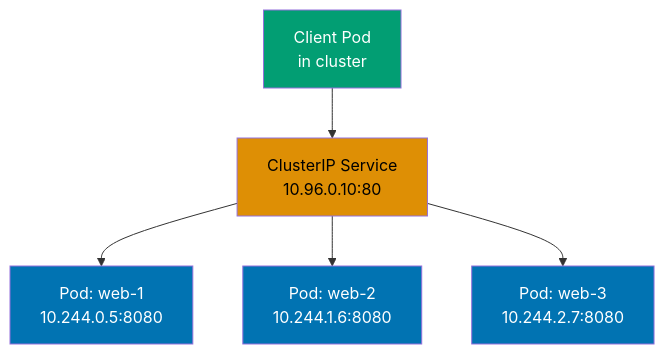
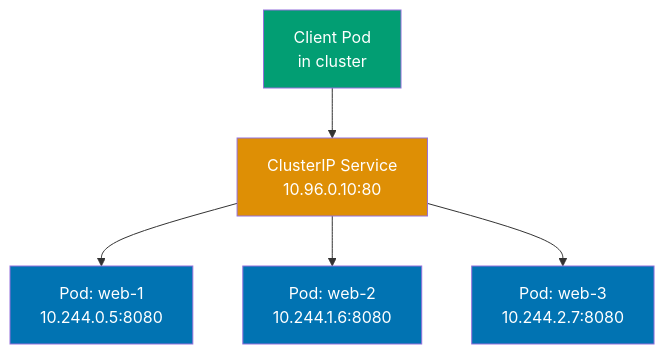
One commit to wahidyankf/open-sharia-enterprise changed the sixth of 9 diagrams in apps/ayokoding-web/content/en/learn/software-engineering/infrastructure/tools/kubernetes/by-example/beginner.md. Above: the diagram before and after it, drawn with Mermaid. The commit also changed other lines of this file and 61 other files, not shown here.

First line of the commit message:
fix(ayokoding-web): quote Mermaid node labels with special characters in Example 63

````diff
--- a/apps/ayokoding-web/content/en/learn/software-engineering/infrastructure/tools/kubernetes/by-example/beginner.md
+++ b/apps/ayokoding-web/content/en/learn/software-engineering/infrastructure/tools/kubernetes/by-example/beginner.md
@@ -898,14 +898,14 @@
 ```mermaid
 %% ClusterIP Service architecture
 graph TD
     A[ClusterIP Service<br/>10.96.0.10:80] --> B[Pod: web-1<br/>10.244.0.5:8080]
     A --> C[Pod: web-2<br/>10.244.1.6:8080]
     A --> D[Pod: web-3<br/>10.244.2.7:8080]
     E[Client Pod<br/>in cluster] --> A
 
-    style A fill:#DE8F05,color:#000
+    style A fill:#DE8F05,color:#fff
     style B fill:#0173B2,color:#fff
     style C fill:#0173B2,color:#fff
     style D fill:#0173B2,color:#fff
     style E fill:#029E73,color:#fff
 ```
````
